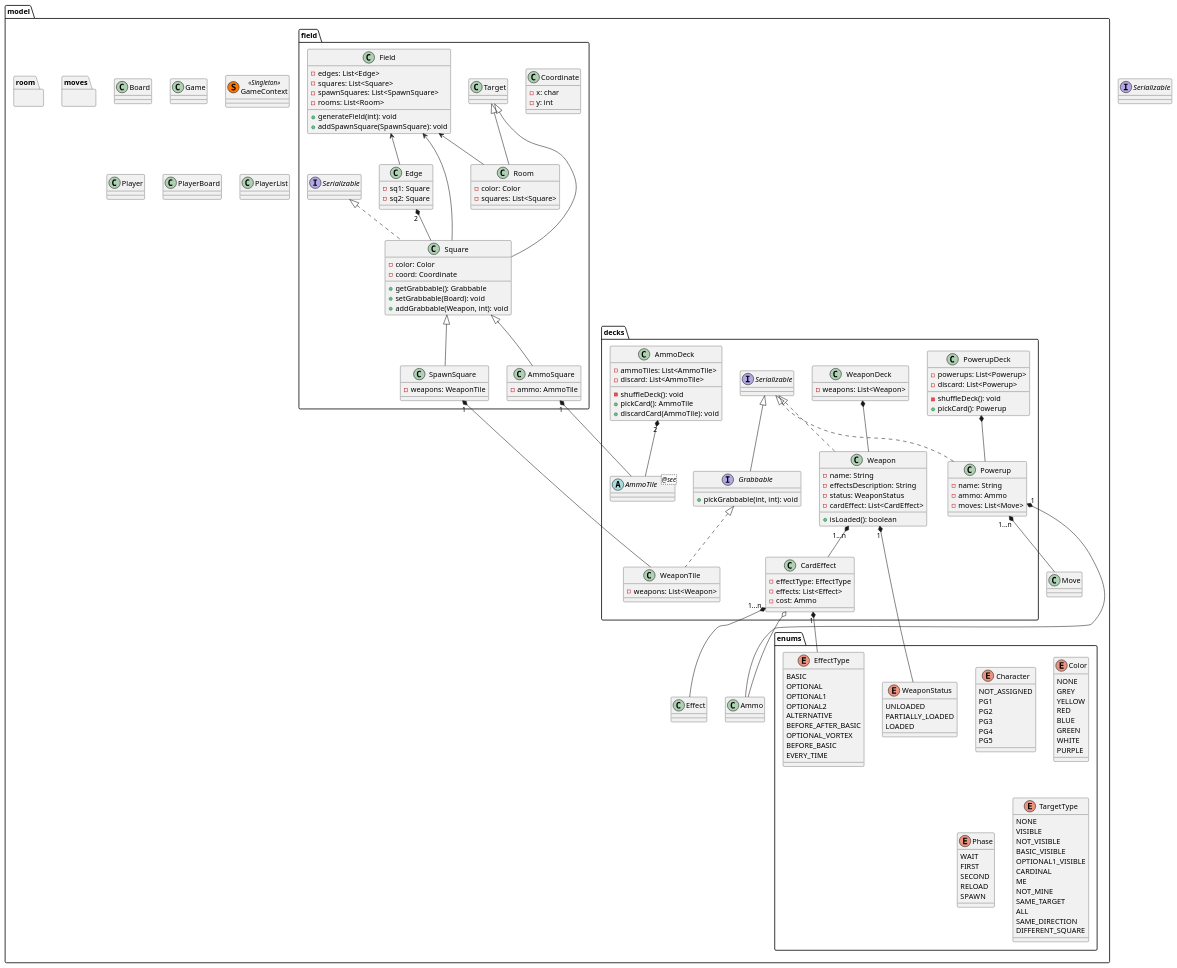
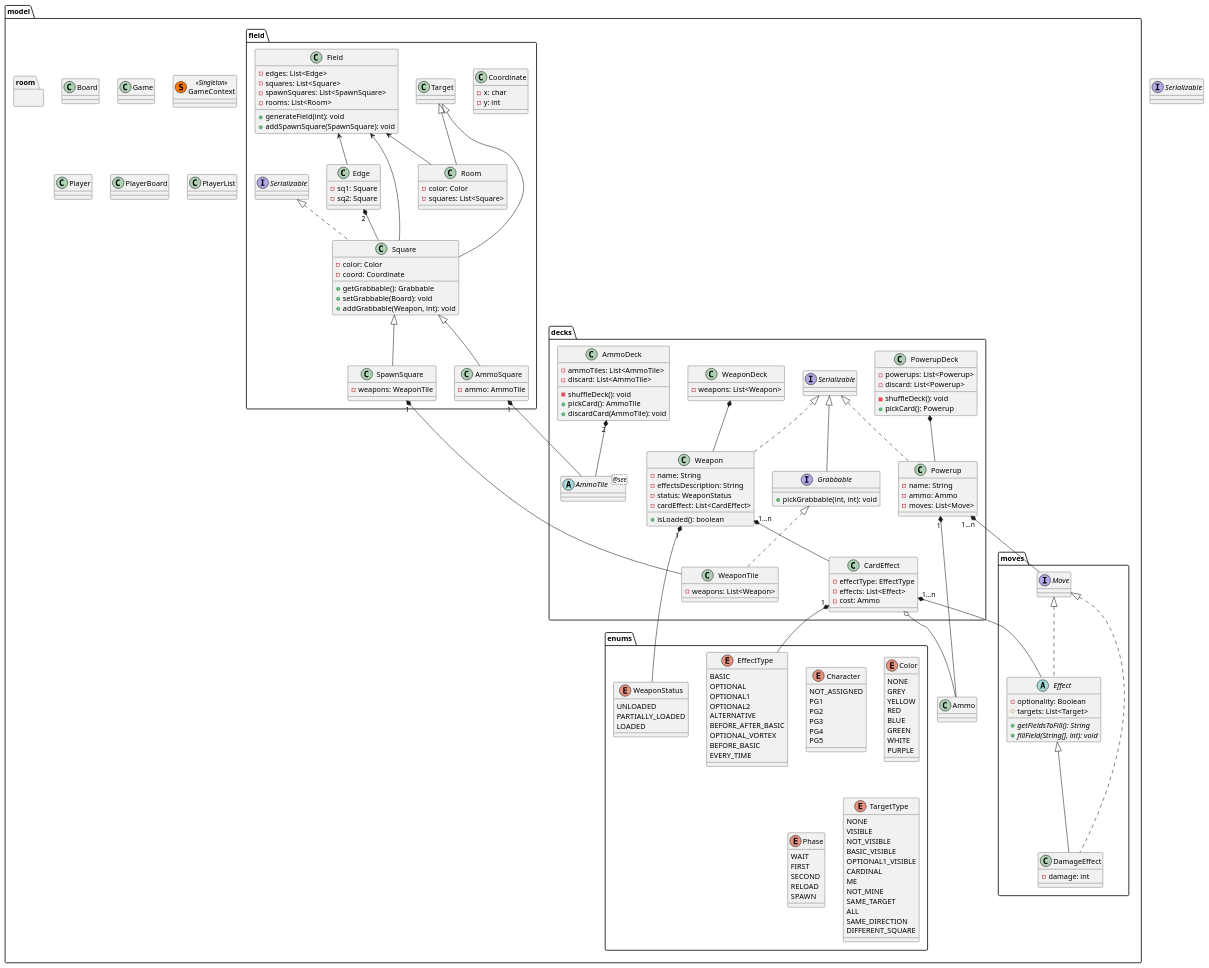
The diagram in utility/final/MVCGeneralUML.puml (elenasl96/ing-sw-2019-6), drawn with PlantUML before and after one commit.

```diff
--- a/utility/final/MVCGeneralUML.puml
+++ b/utility/final/MVCGeneralUML.puml
@@ -167,7 +167,17 @@
     }
 
     package moves{
+        class DamageEffect extends Effect implements Move{
+            - damage: int
+        }
 
+        abstract Effect implements Move{
+            - optionality: Boolean
+            # targets: List<Target>
+            __
+            + {abstract} getFieldsToFill(): String
+            + {abstract} fillField(String[], int): void
+        }
     }
 
     package room{
```
